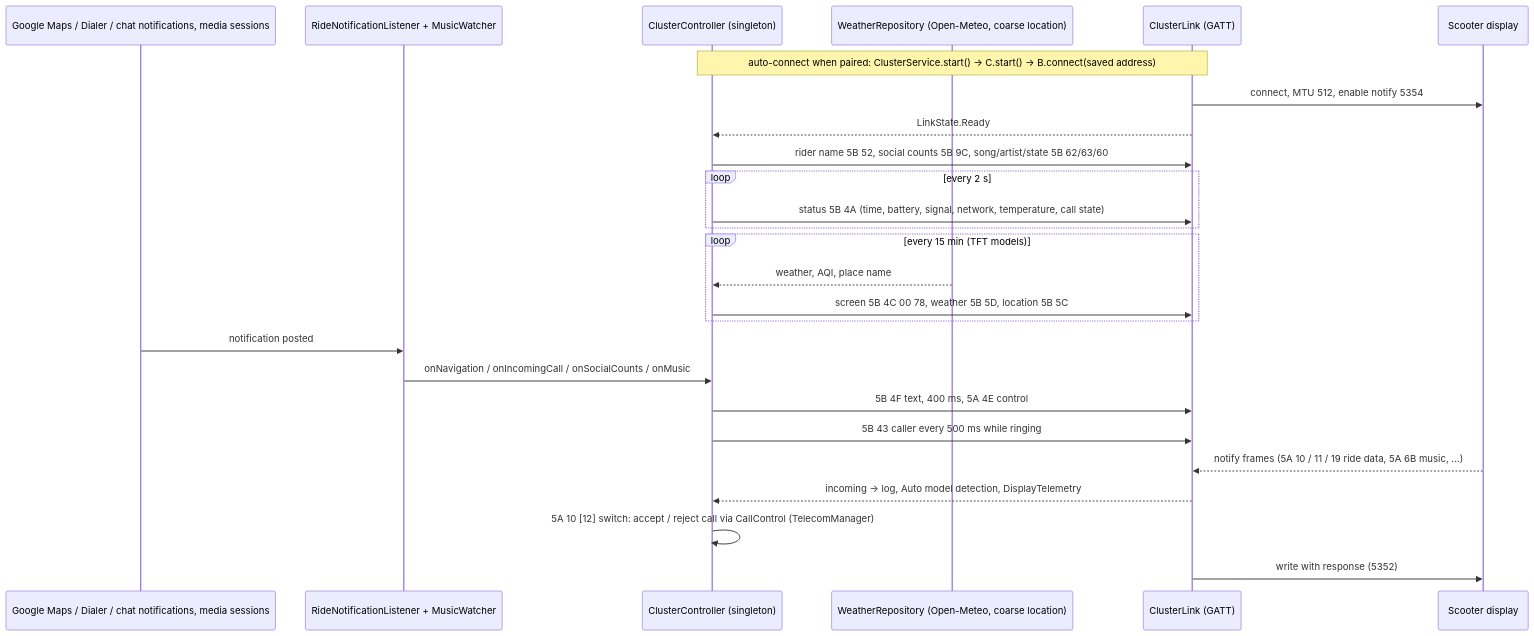
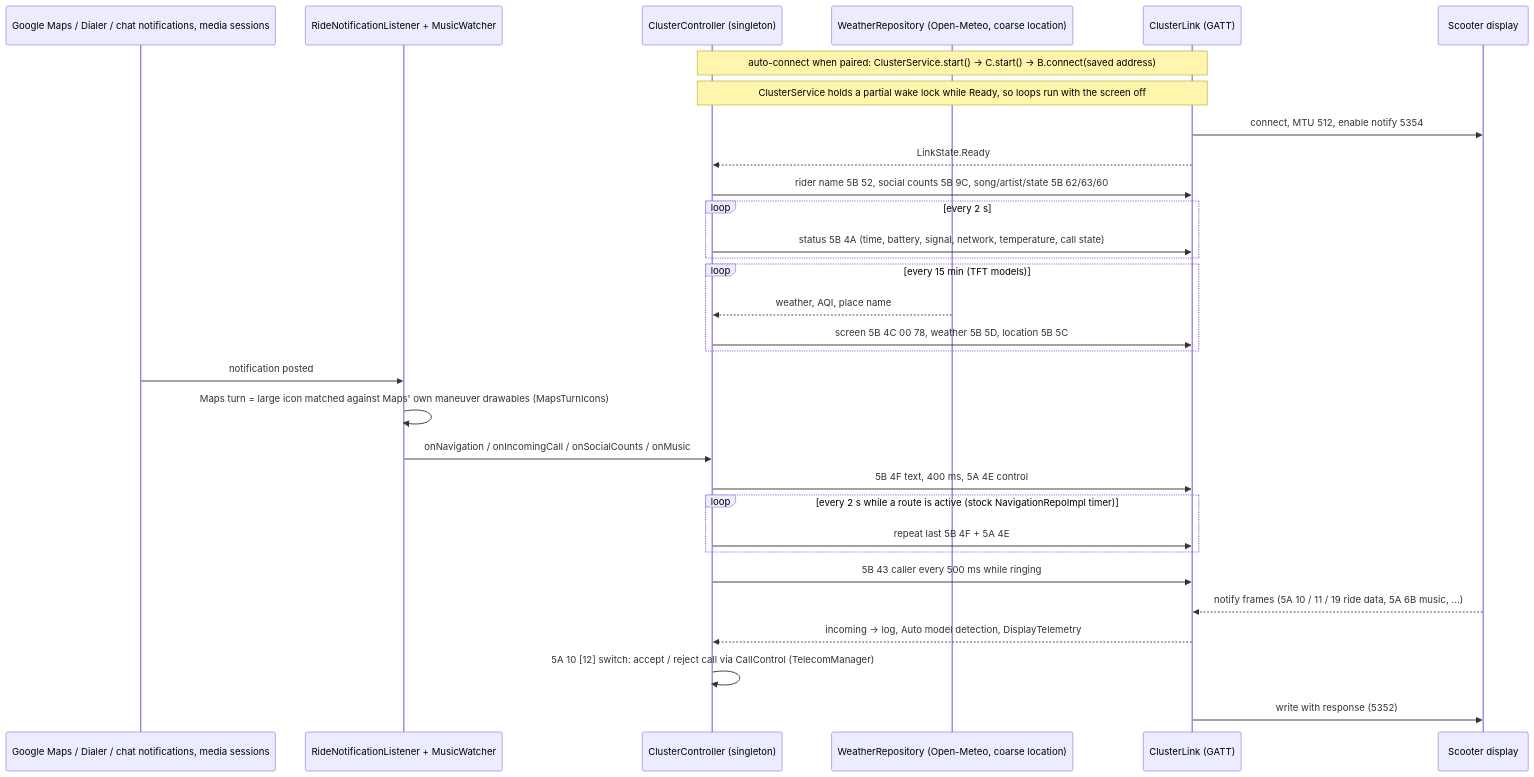
Before and after one commit to aiyu-ayaan/RideLink: the second of 4 diagrams in development/docs/ARCHITECTURE.md, drawn with Mermaid. The commit also changed other lines of this file and 1 other file, not shown here.

Commit message:
docs(Arch) : Document Maps icon turns, nav repeat, wake lock and per-scooter rides

````diff
--- a/development/docs/ARCHITECTURE.md
+++ b/development/docs/ARCHITECTURE.md
@@ -17,29 +17,34 @@
 ```mermaid
 sequenceDiagram
     participant Maps as Google Maps / Dialer / chat notifications, media sessions
     participant L as RideNotificationListener + MusicWatcher
     participant C as ClusterController (singleton)
     participant W as WeatherRepository (Open-Meteo, coarse location)
     participant B as ClusterLink (GATT)
     participant D as Scooter display
 
     Note over C,B: auto-connect when paired: ClusterService.start() -> C.start() -> B.connect(saved address)
+    Note over C,B: ClusterService holds a partial wake lock while Ready, so loops run with the screen off
     B->>D: connect, MTU 512, enable notify 5354
     B-->>C: LinkState.Ready
     C->>B: rider name 5B 52, social counts 5B 9C, song/artist/state 5B 62/63/60
     loop every 2 s
         C->>B: status 5B 4A (time, battery, signal, network, temperature, call state)
     end
     loop every 15 min (TFT models)
         W-->>C: weather, AQI, place name
         C->>B: screen 5B 4C 00 78, weather 5B 5D, location 5B 5C
     end
     Maps->>L: notification posted
+    L->>L: Maps turn = large icon matched against Maps' own maneuver drawables (MapsTurnIcons)
     L->>C: onNavigation / onIncomingCall / onSocialCounts / onMusic
     C->>B: 5B 4F text, 400 ms, 5A 4E control
+    loop every 2 s while a route is active (stock NavigationRepoImpl timer)
+        C->>B: repeat last 5B 4F + 5A 4E
+    end
     C->>B: 5B 43 caller every 500 ms while ringing
     D-->>B: notify frames (5A 10 / 11 / 19 ride data, 5A 6B music, ...)
     B-->>C: incoming -> log, Auto model detection, DisplayTelemetry
     C->>C: 5A 10 [12] switch: accept / reject call via CallControl (TelecomManager)
     B->>D: write with response (5352)
 ```
````
